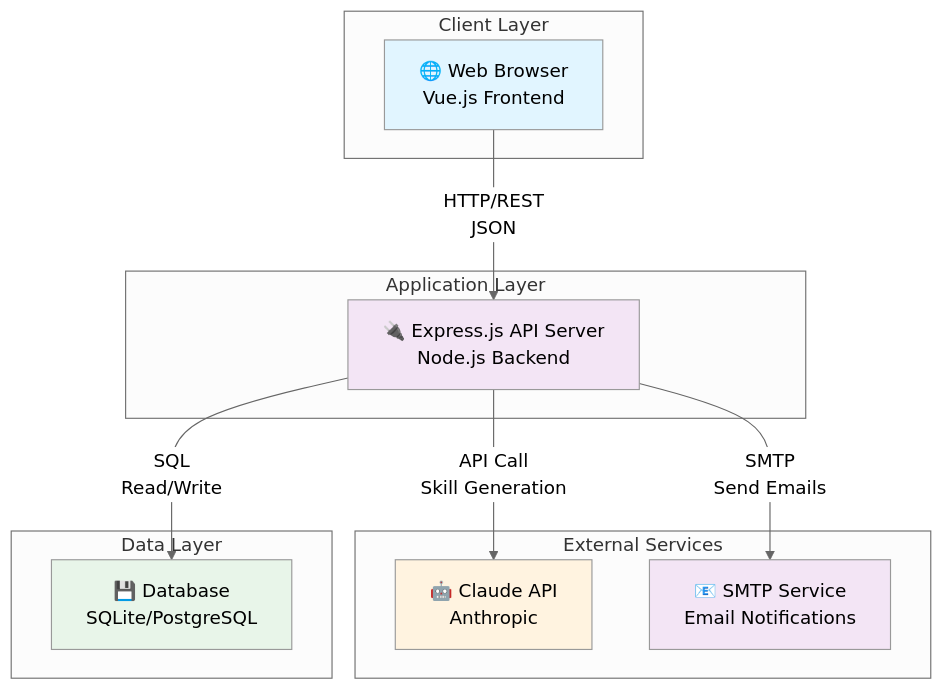
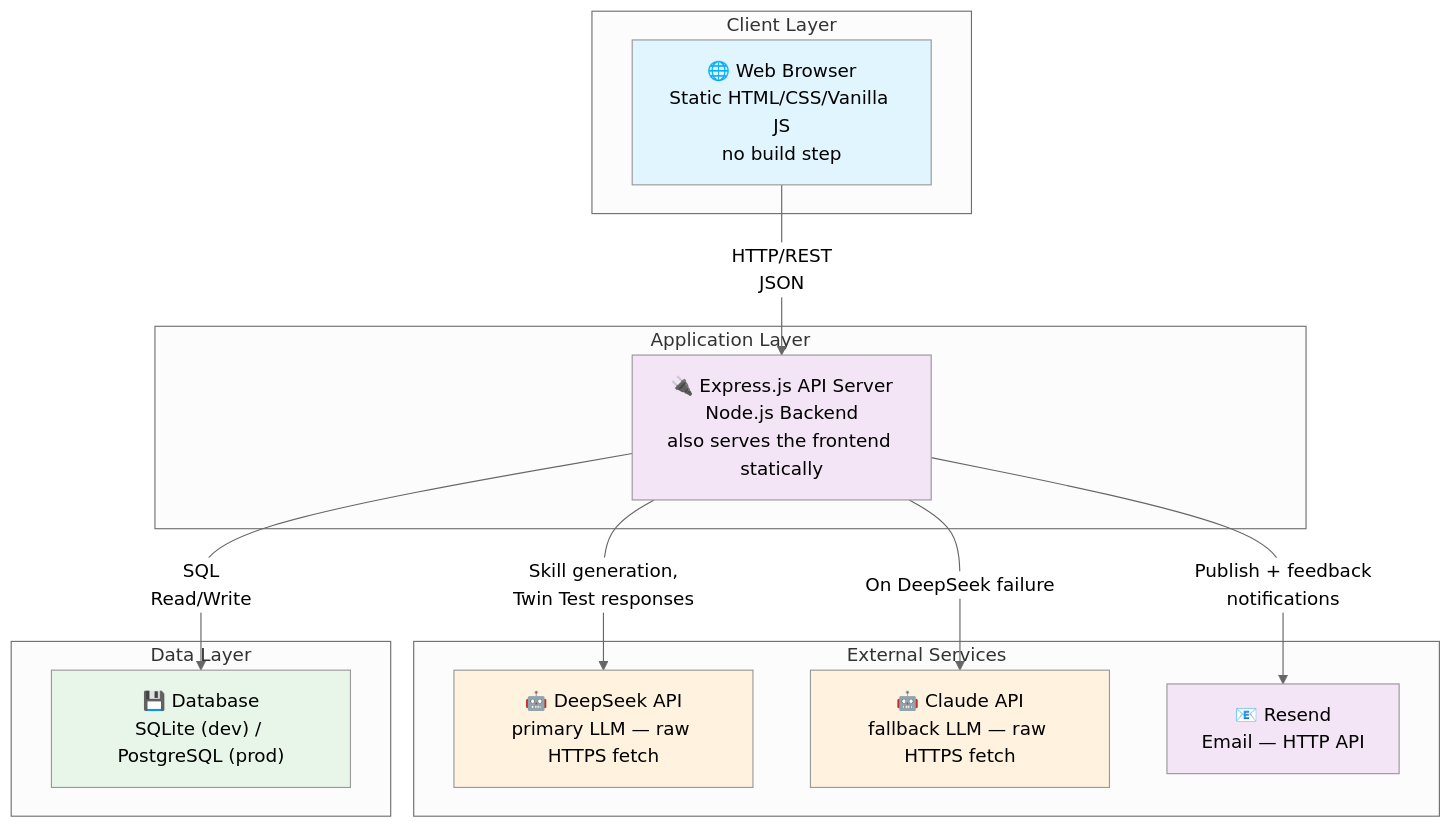
The first of 6 diagrams in docs/ARCHITECTURE.md (xiaojialove-DRP/the42post), drawn with Mermaid (neutral theme) before and after one commit. The commit also changed other lines of this file and 1 other file, not shown here.

First line of the commit message:
Docs: rewrite ARCHITECTURE.md to match the real system, add diagram to README

````diff
--- a/docs/ARCHITECTURE.md
+++ b/docs/ARCHITECTURE.md
@@ -9,30 +9,33 @@
 ```mermaid
 graph TB
     subgraph "Client Layer"
-        Browser["🌐 Web Browser<br/>Vue.js Frontend"]
+        Browser["🌐 Web Browser<br/>Static HTML/CSS/Vanilla JS<br/>no build step"]
     end
-    
+
     subgraph "Application Layer"
-        API["🔌 Express.js API Server<br/>Node.js Backend"]
+        API["🔌 Express.js API Server<br/>Node.js Backend<br/>also serves the frontend statically"]
     end
-    
+
     subgraph "External Services"
-        Claude["🤖 Claude API<br/>Anthropic"]
-        Email["📧 SMTP Service<br/>Email Notifications"]
+        DeepSeek["🤖 DeepSeek API<br/>primary LLM — raw HTTPS fetch"]
+        Claude["🤖 Claude API<br/>fallback LLM — raw HTTPS fetch"]
+        Resend["📧 Resend<br/>Email — HTTP API"]
     end
-    
+
     subgraph "Data Layer"
-        DB["💾 Database<br/>SQLite/PostgreSQL"]
+        DB["💾 Database<br/>SQLite (dev) / PostgreSQL (prod)"]
     end
-    
+
     Browser -->|HTTP/REST<br/>JSON| API
-    API -->|API Call<br/>Skill Generation| Claude
-    API -->|SMTP<br/>Send Emails| Email
+    API -->|Skill generation,<br/>Twin Test responses| DeepSeek
+    API -->|On DeepSeek failure| Claude
+    API -->|Publish + feedback<br/>notifications| Resend
     API -->|SQL<br/>Read/Write| DB
-    
+
     style Browser fill:#e1f5ff
     style API fill:#f3e5f5
+    style DeepSeek fill:#fff3e0
     style Claude fill:#fff3e0
-    style Email fill:#f3e5f5
+    style Resend fill:#f3e5f5
     style DB fill:#e8f5e9
 ```
````
